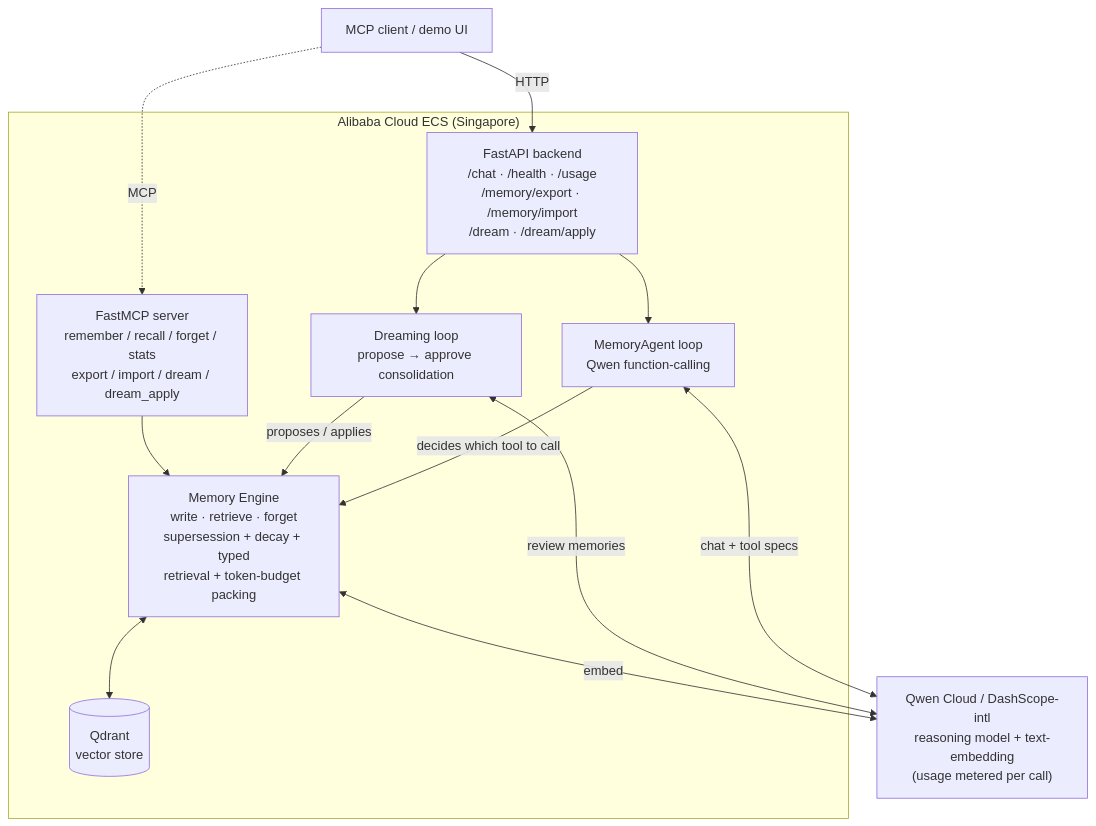
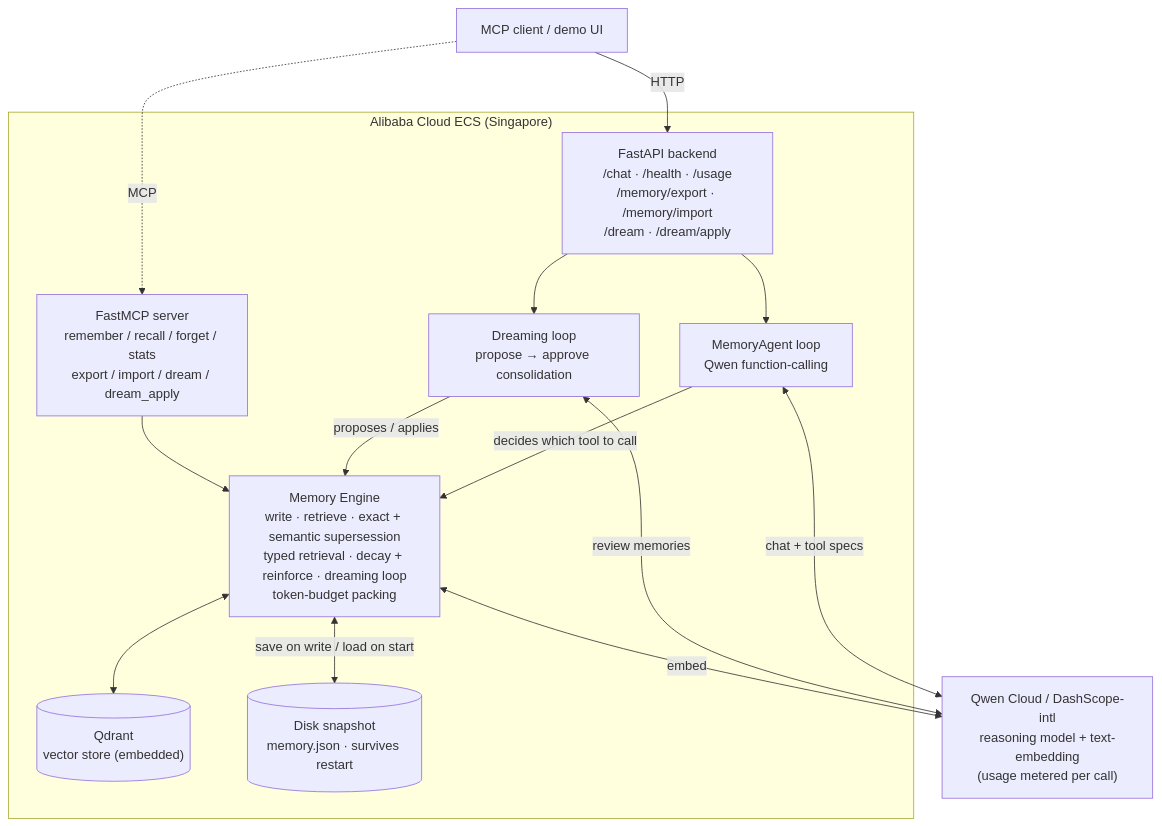
Before and after one commit to rduffyuk/qwen-memory-agent: the diagram in README.md, drawn with Mermaid. The commit also changed other lines of this file and 3 other files, not shown here.

First line of the commit message:
docs: sync README/SUBMISSION/diagram to semantic supersession + persistent store

````diff
--- a/README.md
+++ b/README.md
@@ -24,27 +25,29 @@
 ```mermaid
 flowchart TB
     U["MCP client / demo UI"]
 
     subgraph ecs["Alibaba Cloud ECS (Singapore)"]
         API["FastAPI backend<br/>/chat · /health · /usage<br/>/memory/export · /memory/import<br/>/dream · /dream/apply"]
         AGENT["MemoryAgent loop<br/>Qwen function-calling"]
         DREAM["Dreaming loop<br/>propose → approve consolidation"]
         MCP["FastMCP server<br/>remember / recall / forget / stats<br/>export / import / dream / dream_apply"]
-        ENG["Memory Engine<br/>write · retrieve · forget<br/>supersession + decay + typed<br/>retrieval + token-budget packing"]
-        QD[("Qdrant<br/>vector store")]
+        ENG["Memory Engine<br/>write · retrieve · exact + semantic supersession<br/>typed retrieval · decay + reinforce · dreaming loop<br/>token-budget packing"]
+        QD[("Qdrant<br/>vector store (embedded)")]
+        SNAP[("Disk snapshot<br/>memory.json · survives restart")]
     end
 
     DS["Qwen Cloud / DashScope-intl<br/>reasoning model + text-embedding<br/>(usage metered per call)"]
 
     U -->|HTTP| API
     U -.->|MCP| MCP
     API --> AGENT
     API --> DREAM
     AGENT -->|"decides which tool to call"| ENG
     DREAM -->|"proposes / applies"| ENG
     MCP --> ENG
     AGENT <-->|"chat + tool specs"| DS
     DREAM <-->|"review memories"| DS
     ENG <-->|"embed"| DS
     ENG <--> QD
+    ENG <-->|"save on write / load on start"| SNAP
 ```
````
